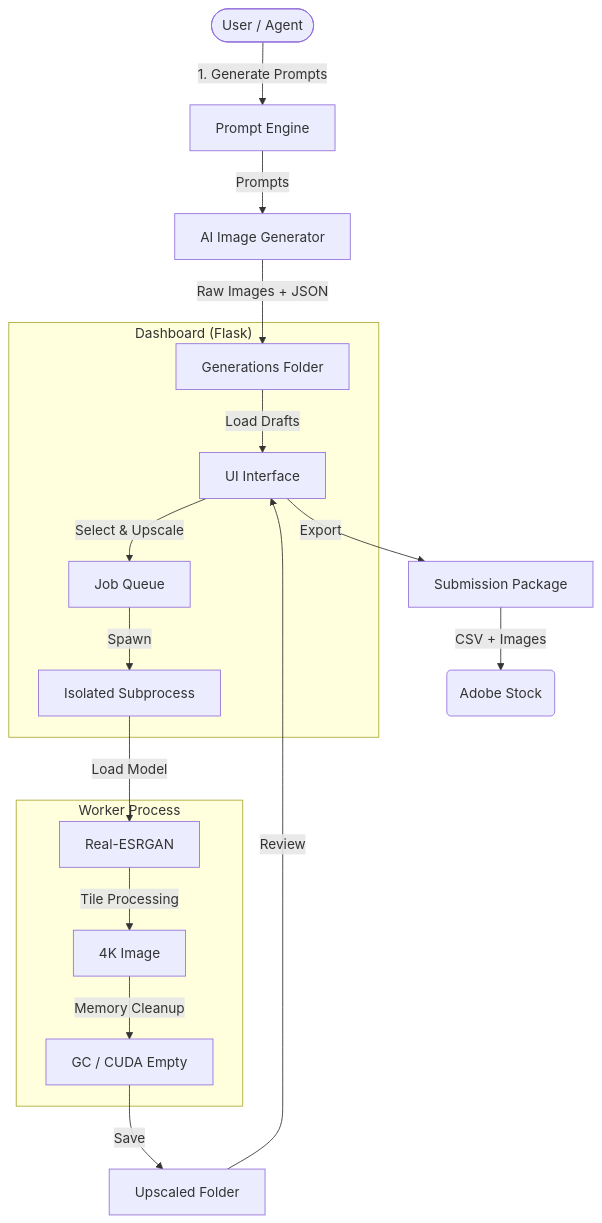
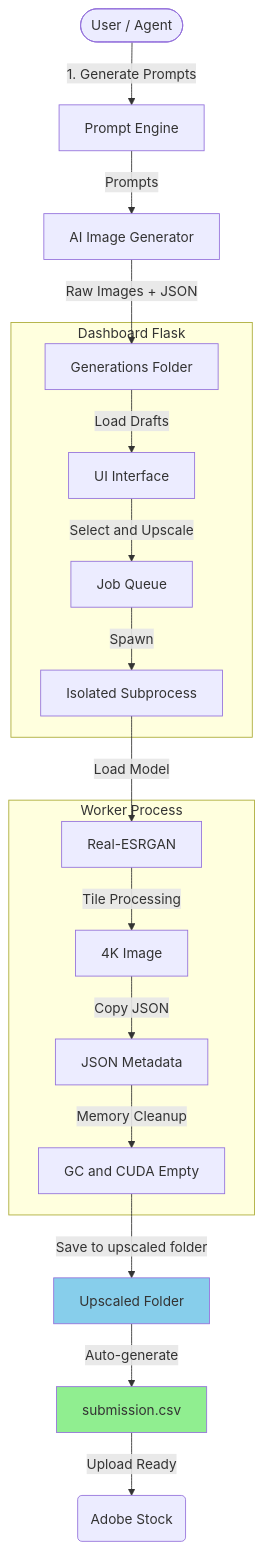
The diagram in README.md (UeberUeber/adobe-stock-generator), drawn with Mermaid before and after one commit. The commit also changed other lines of this file, not shown here.

Commit message:
v1.8: CSV simplification & metadata flow fix
- Generate CSV directly in upscaled folder (no separate submissions folder)
- Copy JSON metadata to upscaled folder during upscale
- Fix image_dir parameter missing in list_images API
- Add JSON missing warning during CSV generation
- Add has_json flag to image list API
- Update README: architecture diagram, folder structure, workflow table

````diff
--- a/README.md
+++ b/README.md
@@ -112,24 +109,26 @@
 ```mermaid
 graph TD
     User([User / Agent]) -->|1. Generate Prompts| A[Prompt Engine]
     A -->|Prompts| B[AI Image Generator]
     B -->|Raw Images + JSON| C[Generations Folder]
     
-    subgraph "Dashboard (Flask)"
+    subgraph "Dashboard Flask"
         C -->|Load Drafts| D[UI Interface]
-        D -->|Select & Upscale| E[Job Queue]
+        D -->|Select and Upscale| E[Job Queue]
         E -->|Spawn| F[Isolated Subprocess]
     end
     
     subgraph "Worker Process"
         F -->|Load Model| G[Real-ESRGAN]
         G -->|Tile Processing| H[4K Image]
-        H -->|Memory Cleanup| I[GC / CUDA Empty]
+        H -->|Copy JSON| I[JSON Metadata]
+        I -->|Memory Cleanup| J[GC and CUDA Empty]
     end
     
-    I -->|Save| J[Upscaled Folder]
-    J -->|Review| D
-    D -->|Export| K[Submission Package]
+    J -->|Save to upscaled folder| K[Upscaled Folder]
+    K -->|Auto-generate| L[submission.csv]
+    L -->|Upload Ready| M(Adobe Stock)
     
-    K -->|CSV + Images| L(Adobe Stock)
+    style L fill:#90EE90
+    style K fill:#87CEEB
 ```
````
